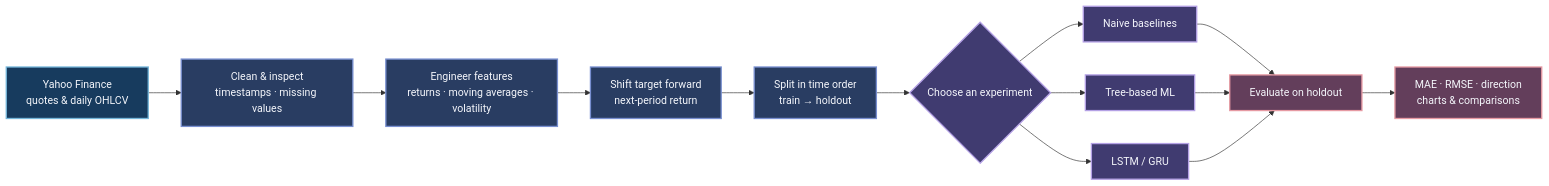
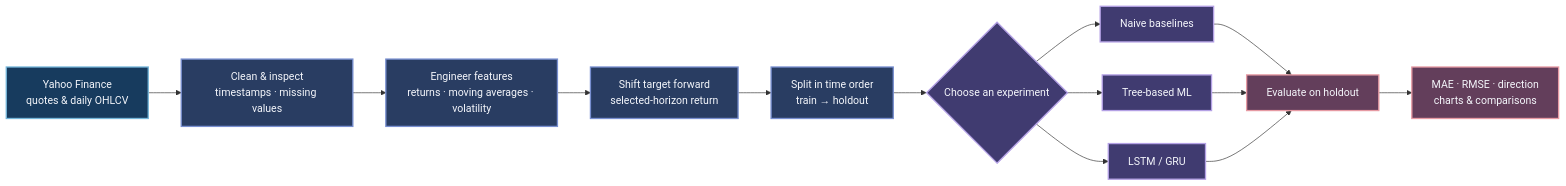
The diagram in README.md (ArshiBansal/Stock_Market_Analysis), drawn with Mermaid before and after one commit. The commit also changed other lines of this file, not shown here.

````diff
--- a/README.md
+++ b/README.md
@@ -104,24 +104,24 @@
 ```mermaid
 flowchart LR
     A["Yahoo Finance<br/>quotes & daily OHLCV"] --> B["Clean & inspect<br/>timestamps · missing values"]
     B --> C["Engineer features<br/>returns · moving averages · volatility"]
-    C --> D["Shift target forward<br/>next-period return"]
+    C --> D["Shift target forward<br/>selected-horizon return"]
     D --> E["Split in time order<br/>train → holdout"]
     E --> F{"Choose an experiment"}
     F --> G["Naive baselines"]
     F --> H["Tree-based ML"]
     F --> I["LSTM / GRU"]
     G --> J["Evaluate on holdout"]
     H --> J
     I --> J
     J --> K["MAE · RMSE · direction<br/>charts & comparisons"]
 
     classDef source fill:#173B5E,color:#F5F7FC,stroke:#74B5D9,stroke-width:2px;
     classDef prep fill:#293D62,color:#F5F7FC,stroke:#788FD0,stroke-width:2px;
     classDef model fill:#403B70,color:#F5F7FC,stroke:#B4A1E5,stroke-width:2px;
     classDef score fill:#633E5B,color:#F5F7FC,stroke:#E69AA3,stroke-width:2px;
     class A source;
     class B,C,D,E prep;
     class F,G,H,I model;
     class J,K score;
 ```
````
